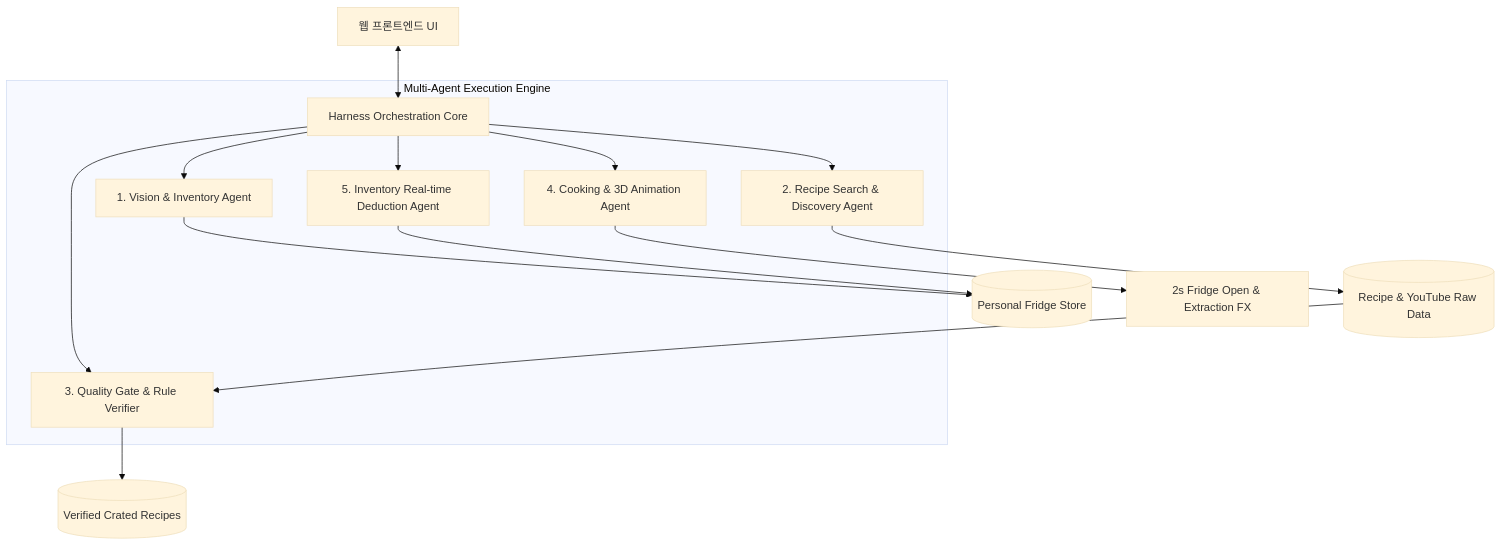
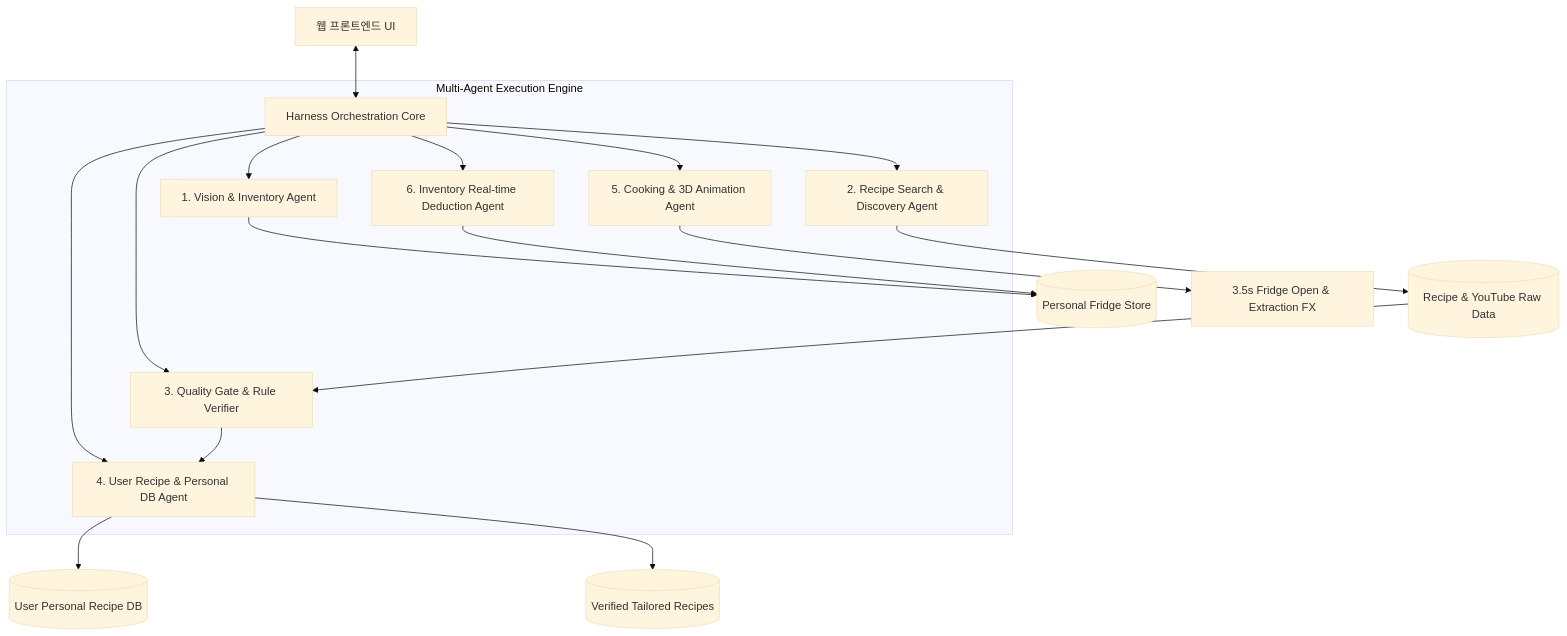
One commit to yeongsik0914/my_secret_recipe changed the diagram in agents.md. Above: the diagram before and after it, drawn with Mermaid (base theme). The commit also changed other lines of this file and 13 other files, not shown here.

Commit message:
feat: implement UserRecipeAgent, decouple from dummy catalogue, prioritize personal DB tailored recipes

````diff
--- a/agents.md
+++ b/agents.md
@@ -11,19 +11,22 @@
 ```mermaid
 flowchart TD
     UI[웹 프론트엔드 UI] <--> HarnessCore[Harness Orchestration Core]
     
     subgraph MultiAgentEngine [Multi-Agent Execution Engine]
         HarnessCore --> Agent_Vision[1. Vision & Inventory Agent]
         HarnessCore --> Agent_Search[2. Recipe Search & Discovery Agent]
         HarnessCore --> Agent_Quality[3. Quality Gate & Rule Verifier]
-        HarnessCore --> Agent_Motion[4. Cooking & 3D Animation Agent]
-        HarnessCore --> Agent_Deduct[5. Inventory Real-time Deduction Agent]
+        HarnessCore --> Agent_UserRecipe[4. User Recipe & Personal DB Agent]
+        HarnessCore --> Agent_Motion[5. Cooking & 3D Animation Agent]
+        HarnessCore --> Agent_Deduct[6. Inventory Real-time Deduction Agent]
     end
 
     Agent_Vision --> StateManager[(Personal Fridge Store)]
     Agent_Search --> RawRecipes[(Recipe & YouTube Raw Data)]
     RawRecipes --> Agent_Quality
-    Agent_Quality --> VerifiedRecipes[(Verified Crated Recipes)]
-    Agent_Motion --> UIAnimation[2s Fridge Open & Extraction FX]
+    Agent_Quality --> Agent_UserRecipe
+    Agent_UserRecipe --> UserRecipeStore[(User Personal Recipe DB)]
+    Agent_UserRecipe --> VerifiedRecipes[(Verified Tailored Recipes)]
+    Agent_Motion --> UIAnimation[3.5s Fridge Open & Extraction FX]
     Agent_Deduct --> StateManager
 ```
````
